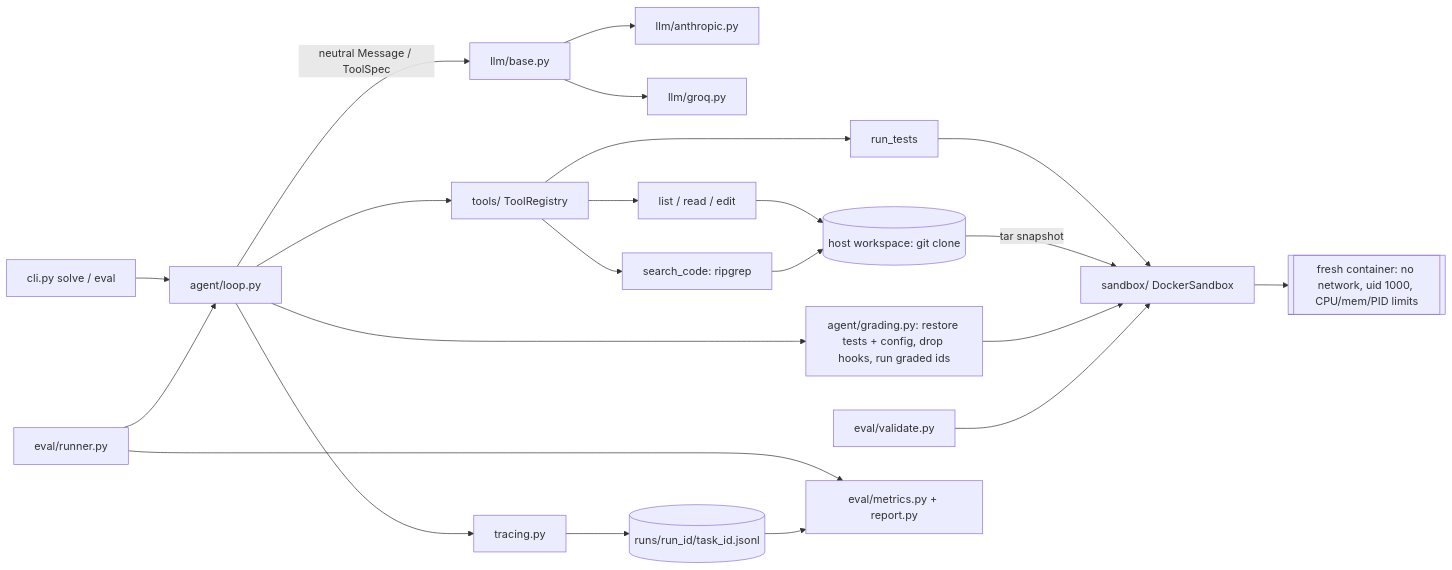
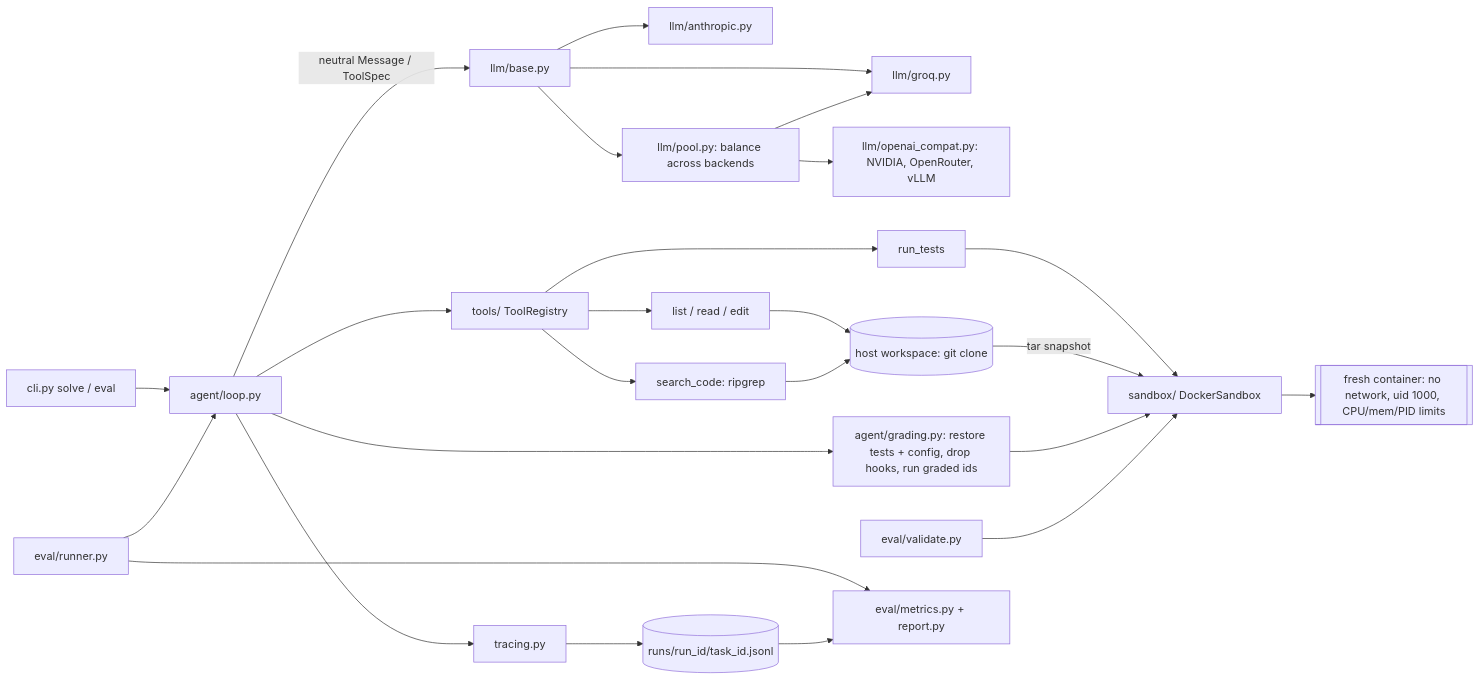
Before and after one commit to Gokuls007/agentic-code-repair: the diagram in README.md, drawn with Mermaid. The commit also changed other lines of this file and 17 other files, not shown here.

````diff
--- a/README.md
+++ b/README.md
@@ -47,23 +48,26 @@
 ```mermaid
 flowchart LR
     CLI[cli.py solve / eval] --> Loop[agent/loop.py]
     Loop -->|neutral Message / ToolSpec| LLM[llm/base.py]
     LLM --> A[llm/anthropic.py]
     LLM --> G[llm/groq.py]
+    LLM --> P[llm/pool.py: balance across backends]
+    P --> G
+    P --> O[llm/openai_compat.py: NVIDIA, OpenRouter, vLLM]
     Loop --> Reg[tools/ ToolRegistry]
     Reg --> FT[list / read / edit]
     Reg --> S[search_code: ripgrep]
     Reg --> RT[run_tests]
     FT & S --> WS[(host workspace: git clone)]
     RT --> SB[sandbox/ DockerSandbox]
     WS -->|tar snapshot| SB
     SB --> C[[fresh container: no network, uid 1000, CPU/mem/PID limits]]
     Loop --> Trace[tracing.py]
     Loop --> Grade[agent/grading.py: restore tests + config, drop hooks, run graded ids]
     Grade --> SB
     Trace --> Runs[(runs/run_id/task_id.jsonl)]
     Eval[eval/runner.py] --> Loop
     Val[eval/validate.py] --> SB
     Eval --> Rep[eval/metrics.py + report.py]
     Runs --> Rep
 ```
````
